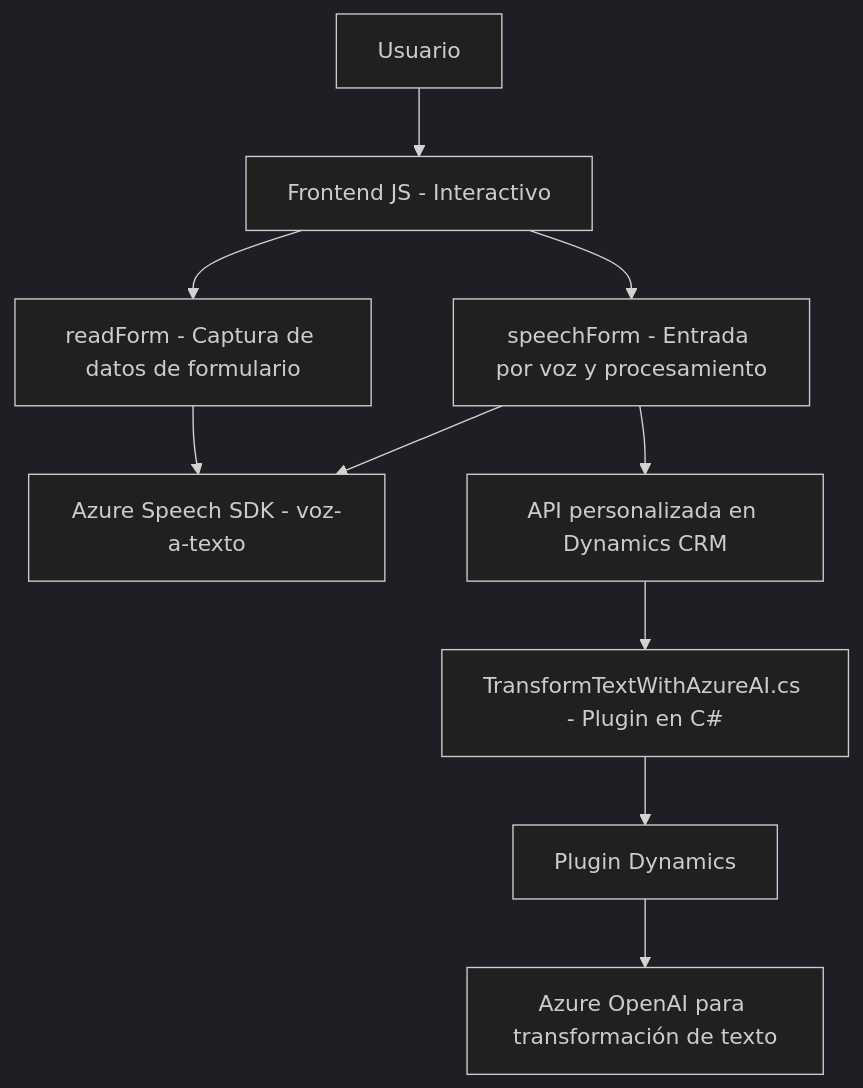
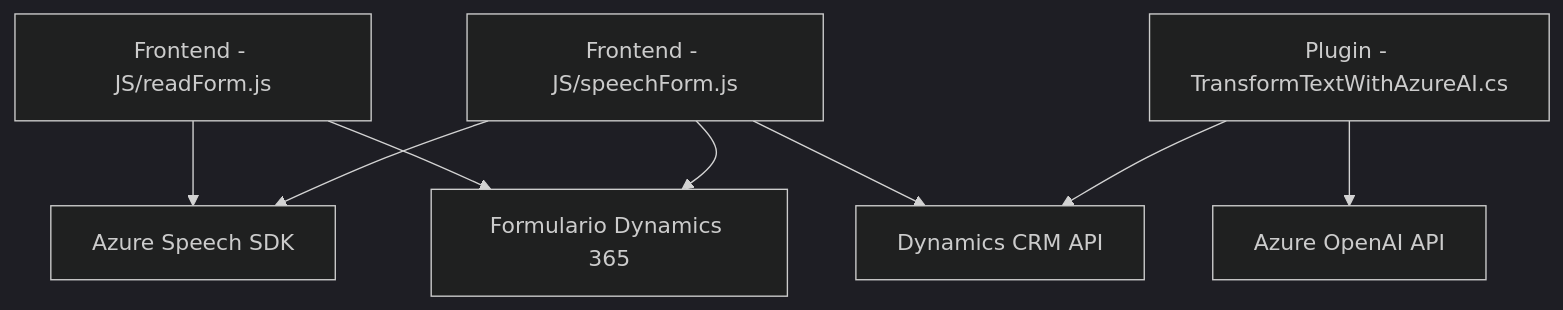
The diagram in README.md (blopezdm/NETCORE_BILBAO2025), drawn with Mermaid (dark theme) before and after one commit. The commit also changed other lines of this file, not shown here.

````diff
--- a/README.md
+++ b/README.md
@@ -51,16 +32,18 @@
 ```mermaid
 graph TD
-    A["Usuario"]
-    A --> B["Frontend JS - Interactivo"]
-    B --> C["readForm - Captura de datos de formulario"]
-    B --> D["speechForm - Entrada por voz y procesamiento"]
-    
-    C --> G["Azure Speech SDK - texto-a-voz"]
-    D --> G["Azure Speech SDK - voz-a-texto"]
-    D --> H["API personalizada en Dynamics CRM"]
-    
-    H --> I["TransformTextWithAzureAI.cs - Plugin en C#"]
-    
-    I --> J["Plugin Dynamics"]
-    J --> K["Azure OpenAI para transformación de texto"]
+    A["Frontend - JS/readForm.js"]
+    B["Frontend - JS/speechForm.js"]
+    C["Plugin - TransformTextWithAzureAI.cs"]
+    D["Azure Speech SDK"]
+    E["Azure OpenAI API"]
+    F["Dynamics CRM API"]
+    G["Formulario Dynamics 365"]
+
+    A --> D
+    A --> G
+    B --> D
+    B --> F
+    B --> G
+    C --> E
+    C --> F
 ```
````
